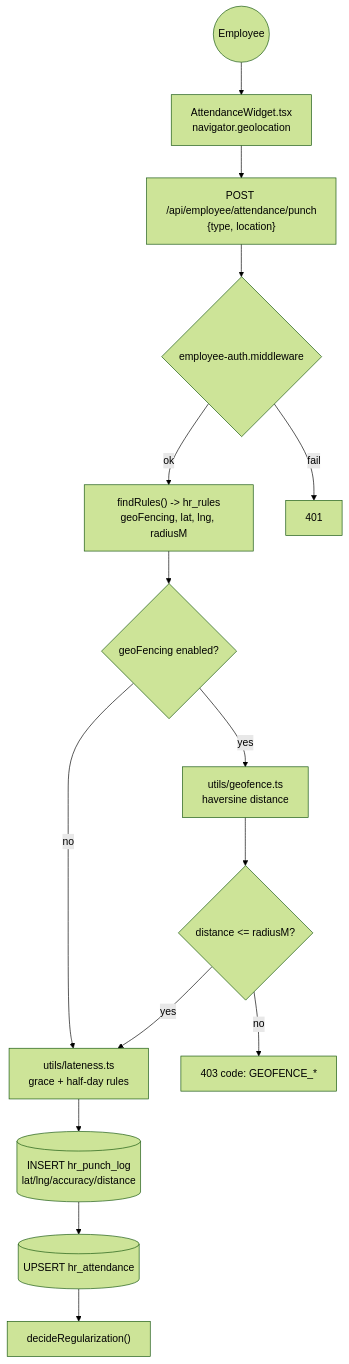
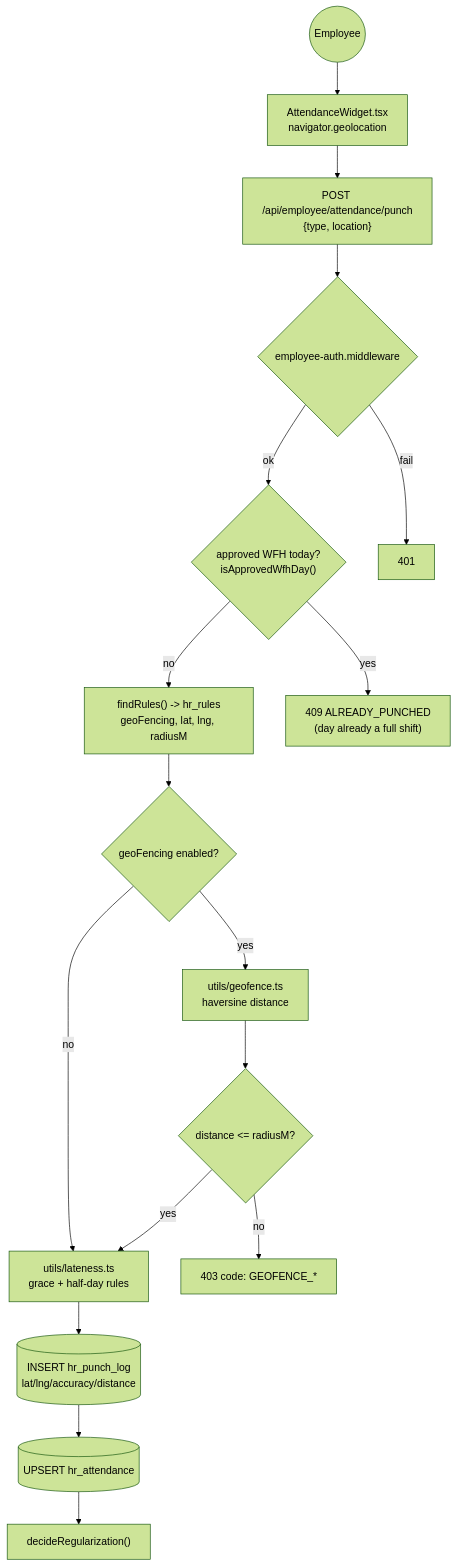
The ninth of 11 diagrams in arch.md (VyntroxCode/Startupsnews-NewNextJS), drawn with Mermaid (forest theme) before and after one commit. The commit also changed other lines of this file and 77 other files, not shown here.

````diff
--- a/arch.md
+++ b/arch.md
@@ -676,25 +780,29 @@
 ```mermaid
 flowchart TB
     E(("Employee"))
     W["AttendanceWidget.tsx<br/>navigator.geolocation"]
     API["POST /api/employee/attendance/punch<br/>{type, location}"]
     AUTH{"employee-auth.middleware"}
     RULES["findRules() -> hr_rules<br/>geoFencing, lat, lng, radiusM"]
+    WFH{"approved WFH today?<br/>isApprovedWfhDay()"}
+    RWFH["409 ALREADY_PUNCHED<br/>(day already a full shift)"]
     ON{"geoFencing enabled?"}
     CALC["utils/geofence.ts<br/>haversine distance"]
     IN{"distance <= radiusM?"}
     LATE["utils/lateness.ts<br/>grace + half-day rules"]
     LOG[("INSERT hr_punch_log<br/>lat/lng/accuracy/distance")]
     ATT[("UPSERT hr_attendance")]
     REG["decideRegularization()"]
     R403["403 code: GEOFENCE_*"]
 
     E --> W --> API --> AUTH
     AUTH -->|fail| R401["401"]
-    AUTH -->|ok| RULES --> ON
+    AUTH -->|ok| WFH
+    WFH -->|yes| RWFH
+    WFH -->|no| RULES --> ON
     ON -->|no| LATE
     ON -->|yes| CALC --> IN
     IN -->|no| R403
     IN -->|yes| LATE
     LATE --> LOG --> ATT --> REG
 ```
````
